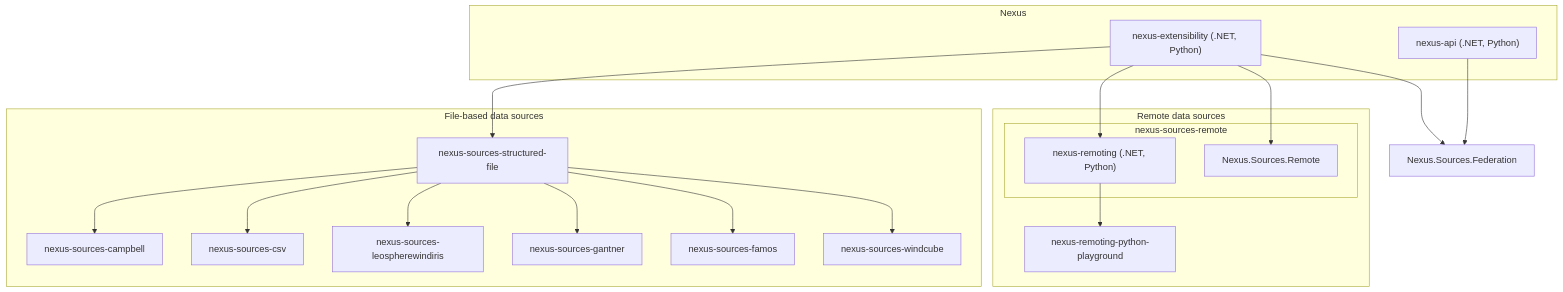
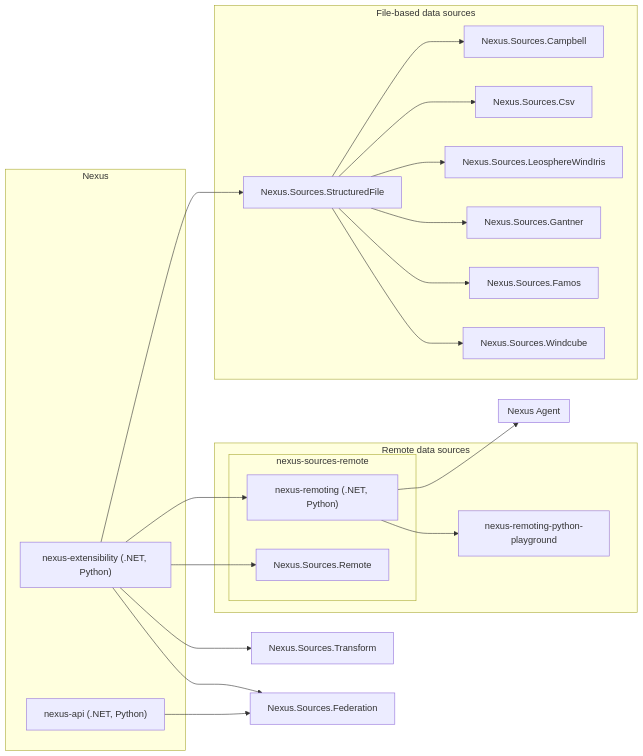
One commit to nexus-main/nexus changed the diagram in notes/ecosystem.md. Above: the diagram before and after it, drawn with Mermaid. The commit also changed other lines of this file, not shown here.

Commit message:
Update ecosystem diagram

````diff
--- a/notes/ecosystem.md
+++ b/notes/ecosystem.md
@@ -11,47 +11,55 @@
 ```mermaid
-flowchart TB
+flowchart LR
 
     Nexus.Sources.Federation[Nexus.Sources.Federation]
 
     subgraph Nexus
         nexus-extensibility["nexus-extensibility (.NET, Python)"]
         nexus-api["nexus-api (.NET, Python)"]
     end
 
     subgraph Remote data sources
         nexus-remoting-python-playground[nexus-remoting-python-playground]
 
         subgraph nexus-sources-remote
             nexus-remoting["nexus-remoting (.NET, Python)"]
             Nexus.Sources.Remote[Nexus.Sources.Remote]
         end
 
         nexus-remoting --> nexus-remoting-python-playground
     end
 
     subgraph File-based data sources
-        nexus-sources-structured-file[nexus-sources-structured-file]
+        nexus-sources-structured-file[Nexus.Sources.StructuredFile]
 
-        nexus-sources-windcube[nexus-sources-windcube]
-        nexus-sources-famos[nexus-sources-famos]
-        nexus-sources-gantner[nexus-sources-gantner ]
-        nexus-sources-leospherewindiris[nexus-sources-leospherewindiris]
-        nexus-sources-csv[nexus-sources-csv]
-        nexus-sources-campbell[nexus-sources-campbell]
+        nexus-sources-windcube[Nexus.Sources.Windcube]
+        nexus-sources-famos[Nexus.Sources.Famos]
+        nexus-sources-gantner[Nexus.Sources.Gantner]
+        nexus-sources-leospherewindiris[Nexus.Sources.LeosphereWindIris]
+        nexus-sources-csv[Nexus.Sources.Csv]
+        nexus-sources-campbell[Nexus.Sources.Campbell]
 
         nexus-sources-structured-file --> nexus-sources-windcube
         nexus-sources-structured-file --> nexus-sources-famos
         nexus-sources-structured-file --> nexus-sources-gantner
         nexus-sources-structured-file --> nexus-sources-leospherewindiris
         nexus-sources-structured-file --> nexus-sources-csv
         nexus-sources-structured-file --> nexus-sources-campbell
     end
 
+    subgraph nexus-agent[Nexus Agent]
+        nexus-extensibility["nexus-extensibility (.NET, Python)"]
+        nexus-api["nexus-api (.NET, Python)"]
+    end
+
     nexus-api --> Nexus.Sources.Federation
 
     nexus-extensibility --> Nexus.Sources.Federation
+    nexus-extensibility --> Nexus.Sources.Transform
     nexus-extensibility --> Nexus.Sources.Remote
     nexus-extensibility --> nexus-remoting
     nexus-extensibility --> nexus-sources-structured-file
 
+    nexus-remoting --> nexus-agent
+
 ```
````
